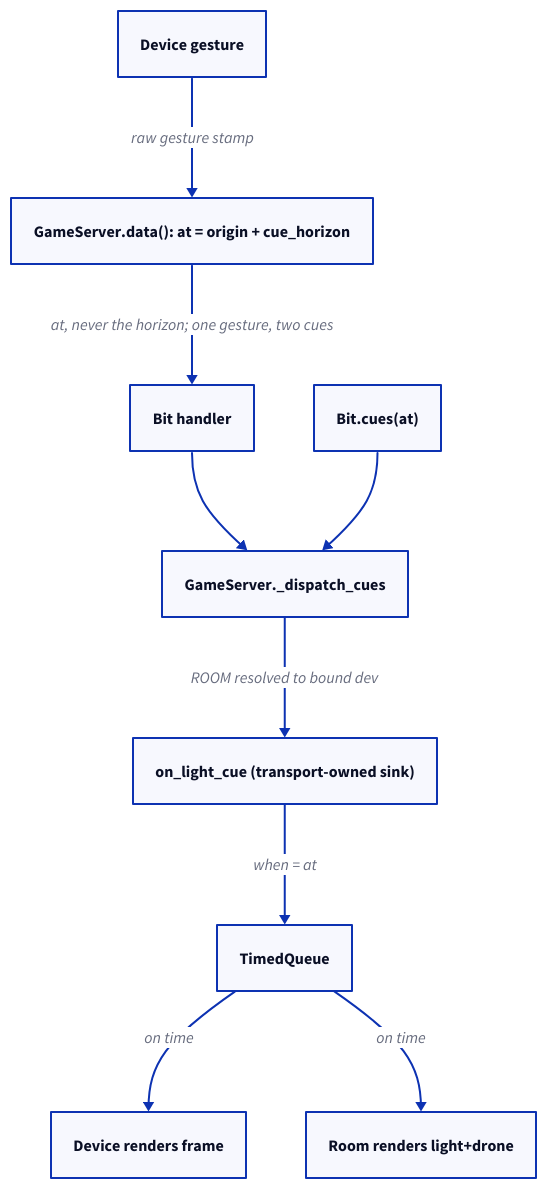
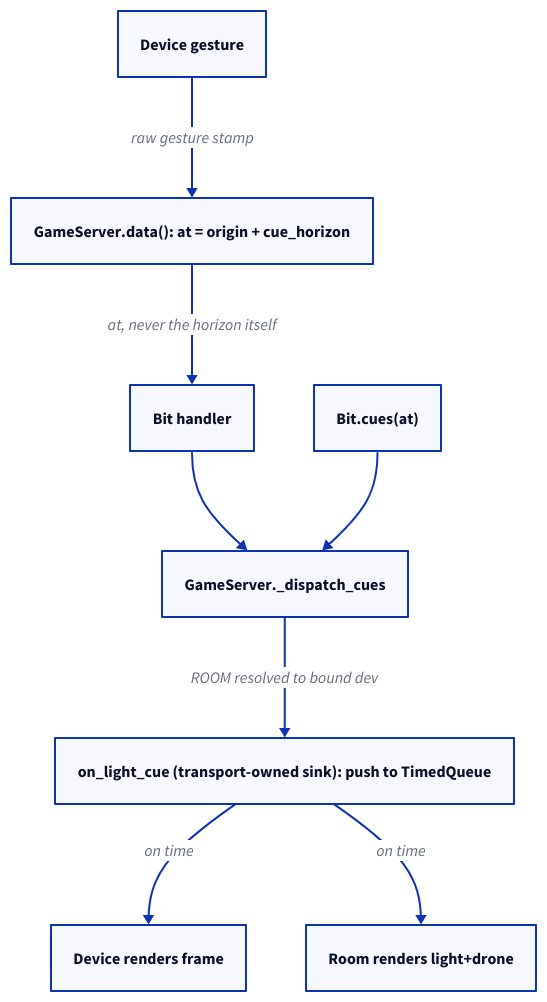
One commit to Musical-Mycology/mm-terrarium changed the diagram in docs/diagrams/cue-path.d2. Above: the diagram before and after it, drawn with D2. The commit also changed 4 other files, not shown here.

First line of the commit message:
fix(diagrams): merge cue-path sink/queue, drop disconnected label claim

```diff
--- a/docs/diagrams/cue-path.d2
+++ b/docs/diagrams/cue-path.d2
@@ -1,20 +1,18 @@
 direction: down
 
 gesture: "Device gesture"
 data: "GameServer.data(): at = origin + cue_horizon"
 handler: "Bit handler"
 selfcues: "Bit.cues(at)"
 dispatch: "GameServer._dispatch_cues"
-sink: "on_light_cue (transport-owned sink)"
-queue: "TimedQueue"
+sink: "on_light_cue (transport-owned sink): push to TimedQueue"
 dev_render: "Device renders frame"
 room_render: "Room renders light+drone"
 
 gesture -> data: raw gesture stamp
-data -> handler: "at, never the horizon; one gesture, two cues"
+data -> handler: at, never the horizon itself
 handler -> dispatch
 selfcues -> dispatch
 dispatch -> sink: ROOM resolved to bound dev
-sink -> queue: when = at
-queue -> dev_render: on time
-queue -> room_render: on time
+sink -> dev_render: on time
+sink -> room_render: on time
```
